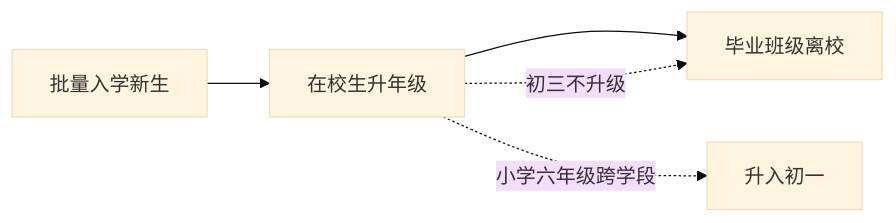
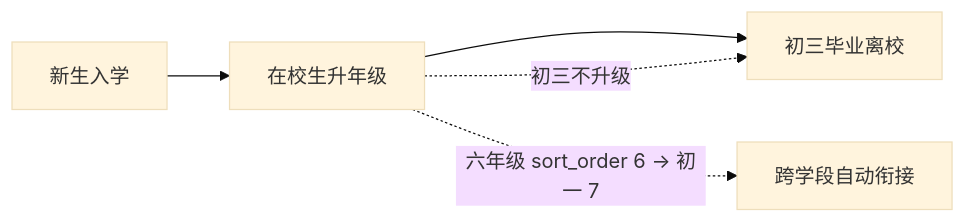
One commit to limitwh/school-system changed the first of 2 diagrams in docs/database/academic-flow.md. Above: the diagram before and after it, drawn with Mermaid (base theme). The commit also changed other lines of this file and 58 other files, not shown here.

````diff
--- a/docs/database/academic-flow.md
+++ b/docs/database/academic-flow.md
@@ -7,6 +7,6 @@
 ```mermaid
 flowchart LR
-    A[批量入学新生] --> B[在校生升年级] --> C[毕业班级离校]
-    B -.小学六年级跨学段.-> B2[升入初一]
+    A[新生入学] --> B[在校生升年级] --> C[初三毕业离校]
+    B -.六年级 sort_order 6 → 初一 7.-> B2[跨学段自动衔接]
     B -.初三不升级.-> C
 ```
````
